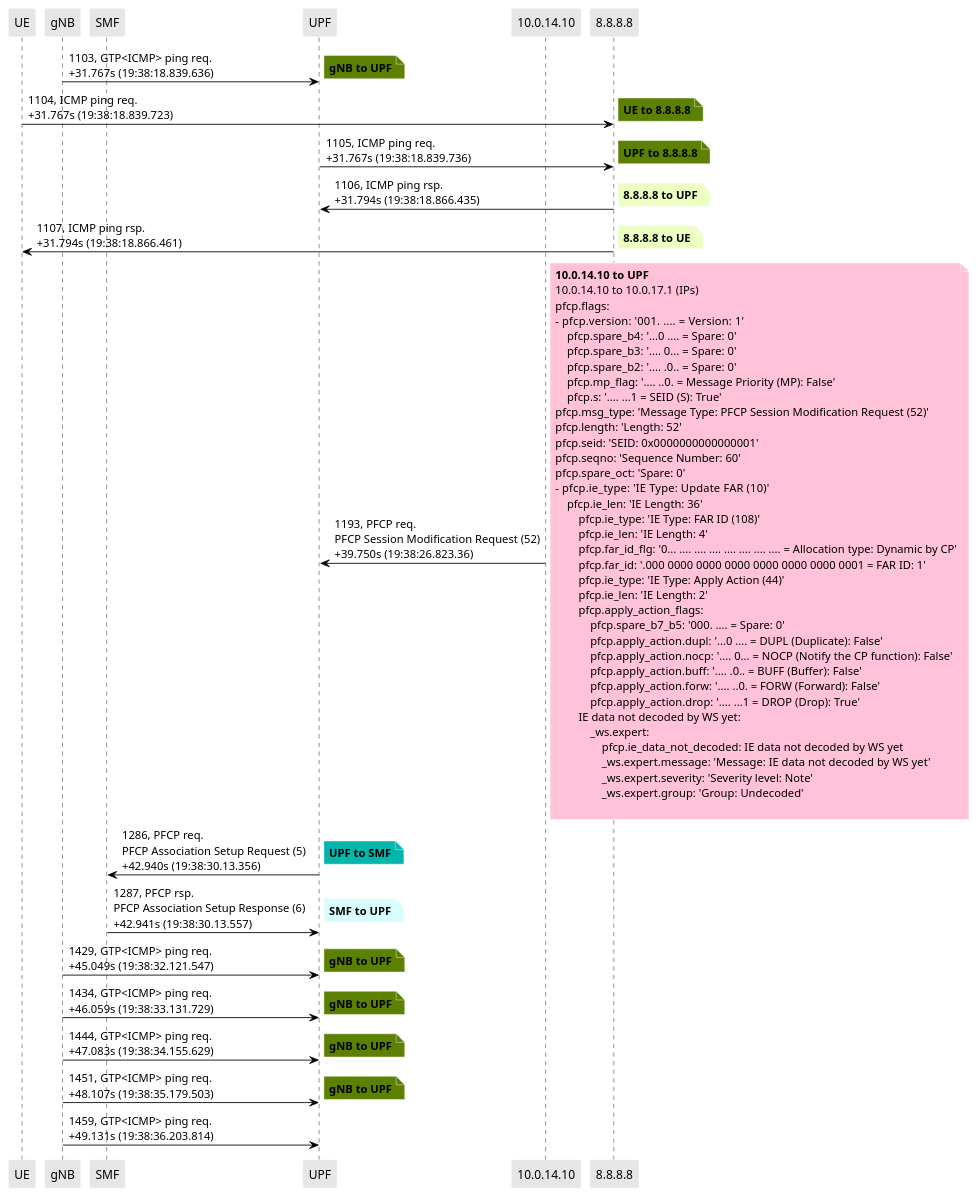
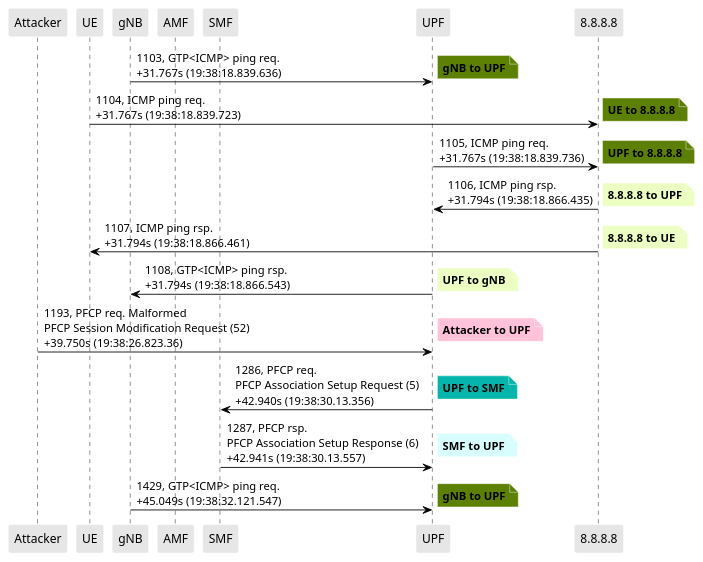
The diagram in PCAPS/Core/Malformed_dos_OS_001.puml (lilyhuegerich/5G), drawn with PlantUML before and after one commit. The commit also changed 18 other files, not shown here.

```diff
--- a/PCAPS/Core/Malformed_dos_OS_001.puml
+++ b/PCAPS/Core/Malformed_dos_OS_001.puml
@@ -1,131 +1,79 @@
 @startuml
 skinparam shadowing false
 skinparam NoteBorderColor white
 skinparam sequence {
     ArrowColor black
     LifeLineBorderColor black
     LifeLineBackgroundColor black
     ParticipantBorderColor white
     ParticipantBackgroundColor #e6e6e6
 }
+participant "Attacker"
 participant "UE"
 participant "gNB"
+participant "AMF"
 participant "SMF"
 participant "UPF"
-participant "10.0.14.10"
 participant "8.8.8.8"
 
 "gNB" -> "UPF": 1103, GTP<ICMP> ping req.\n+31.767s (19:38:18.839.636)
 
 note right #5C8001
 **gNB to UPF**
 end note
 
 "UE" -> "8.8.8.8": 1104, ICMP ping req.\n+31.767s (19:38:18.839.723)
 
 note right #5C8001
 **UE to 8.8.8.8**
 end note
 
 "UPF" -> "8.8.8.8": 1105, ICMP ping req.\n+31.767s (19:38:18.839.736)
 
 note right #5C8001
 **UPF to 8.8.8.8**
 end note
 
 "8.8.8.8" -> "UPF": 1106, ICMP ping rsp.\n+31.794s (19:38:18.866.435)
 
 note right #EDFEC2
 **8.8.8.8 to UPF**
 end note
 
 "8.8.8.8" -> "UE": 1107, ICMP ping rsp.\n+31.794s (19:38:18.866.461)
 
 note right #EDFEC2
 **8.8.8.8 to UE**
 end note
 
-"10.0.14.10" -> "UPF": 1193, PFCP req.\nPFCP Session Modification Request (52)\n+39.750s (19:38:26.823.36)
+"UPF" -> "gNB": 1108, GTP<ICMP> ping rsp.\n+31.794s (19:38:18.866.543)
+
+note right #EDFEC2
+**UPF to gNB**
+end note
+
+"Attacker" -> "UPF": 1193, PFCP req. Malformed \nPFCP Session Modification Request (52)\n+39.750s (19:38:26.823.36)
 
 note right #FFC2D9
-**10.0.14.10 to UPF**
-10.0.14.10 to 10.0.17.1 (IPs)
-pfcp.flags:
--   pfcp.version: '001. .... = Version: 1'
-    pfcp.spare_b4: '...0 .... = Spare: 0'
-    pfcp.spare_b3: '.... 0... = Spare: 0'
-    pfcp.spare_b2: '.... .0.. = Spare: 0'
-    pfcp.mp_flag: '.... ..0. = Message Priority (MP): False'
-    pfcp.s: '.... ...1 = SEID (S): True'
-pfcp.msg_type: 'Message Type: PFCP Session Modification Request (52)'
-pfcp.length: 'Length: 52'
-pfcp.seid: 'SEID: 0x0000000000000001'
-pfcp.seqno: 'Sequence Number: 60'
-pfcp.spare_oct: 'Spare: 0'
-'Update FAR : [Grouped IE]':
--   pfcp.ie_type: 'IE Type: Update FAR (10)'
-    pfcp.ie_len: 'IE Length: 36'
-    'FAR ID : Dynamic by CP 1':
-        pfcp.ie_type: 'IE Type: FAR ID (108)'
-        pfcp.ie_len: 'IE Length: 4'
-        pfcp.far_id_flg: '0... .... .... .... .... .... .... .... = Allocation type: Dynamic by CP'
-        pfcp.far_id: '.000 0000 0000 0000 0000 0000 0000 0001 = FAR ID: 1'
-    'Apply Action : ':
-        pfcp.ie_type: 'IE Type: Apply Action (44)'
-        pfcp.ie_len: 'IE Length: 2'
-        pfcp.apply_action_flags:
-            pfcp.spare_b7_b5: '000. .... = Spare: 0'
-            pfcp.apply_action.dupl: '...0 .... = DUPL (Duplicate): False'
-            pfcp.apply_action.nocp: '.... 0... = NOCP (Notify the CP function): False'
-            pfcp.apply_action.buff: '.... .0.. = BUFF (Buffer): False'
-            pfcp.apply_action.forw: '.... ..0. = FORW (Forward): False'
-            pfcp.apply_action.drop: '.... ...1 = DROP (Drop): True'
-        IE data not decoded by WS yet:
-            _ws.expert:
-                pfcp.ie_data_not_decoded: IE data not decoded by WS yet
-                _ws.expert.message: 'Message: IE data not decoded by WS yet'
-                _ws.expert.severity: 'Severity level: Note'
-                _ws.expert.group: 'Group: Undecoded'
-
+**Attacker to UPF**
 end note
 
 "UPF" -> "SMF": 1286, PFCP req.\nPFCP Association Setup Request (5)\n+42.940s (19:38:30.13.356)
 
 note right #03B5AA
 **UPF to SMF**
 end note
 
 "SMF" -> "UPF": 1287, PFCP rsp.\nPFCP Association Setup Response (6)\n+42.941s (19:38:30.13.557)
 
 note right #D7FEFC
 **SMF to UPF**
 end note
 
 "gNB" -> "UPF": 1429, GTP<ICMP> ping req.\n+45.049s (19:38:32.121.547)
 
 note right #5C8001
 **gNB to UPF**
 end note
 
-"gNB" -> "UPF": 1434, GTP<ICMP> ping req.\n+46.059s (19:38:33.131.729)
-
-note right #5C8001
-**gNB to UPF**
-end note
-
-"gNB" -> "UPF": 1444, GTP<ICMP> ping req.\n+47.083s (19:38:34.155.629)
-
-note right #5C8001
-**gNB to UPF**
-end note
-
-"gNB" -> "UPF": 1451, GTP<ICMP> ping req.\n+48.107s (19:38:35.179.503)
-
-note right #5C8001
-**gNB to UPF**
-end note
-
-"gNB" -> "UPF": 1459, GTP<ICMP> ping req.\n+49.131s (19:38:36.203.814)
-
-
 @enduml
```
